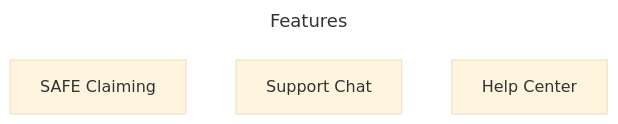
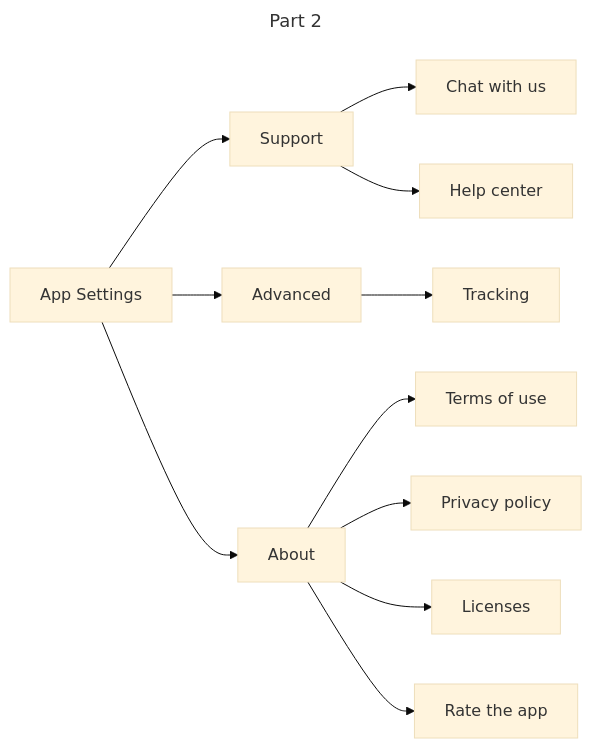
Before and after one commit to safe-global/safe-ios: the eighth of 9 diagrams in docs/fun.md, drawn with Mermaid (base theme). The commit also changed other lines of this file and 1 other file, not shown here.

Commit message:
refs/heads/update-docs Updated document structure and diagrams

````diff
--- a/docs/fun.md
+++ b/docs/fun.md
@@ -106,9 +141,13 @@
 ```mermaid
 ---
-title: Features
+title: Part 2
 ---
-graph
-    Token[SAFE Claiming]
-    Intercom[Support Chat]
-    Help[Help Center]
+graph LR
+    a[App Settings] --> t[Support] --> c[Chat with us]
+    t --> h[Help center]
+    a --> d[Advanced] --> Tracking
+    a --> u[About] --> m[Terms of use]
+    u --> y[Privacy policy]
+    u --> Licenses
+    u --> r[Rate the app]
 ```
````
